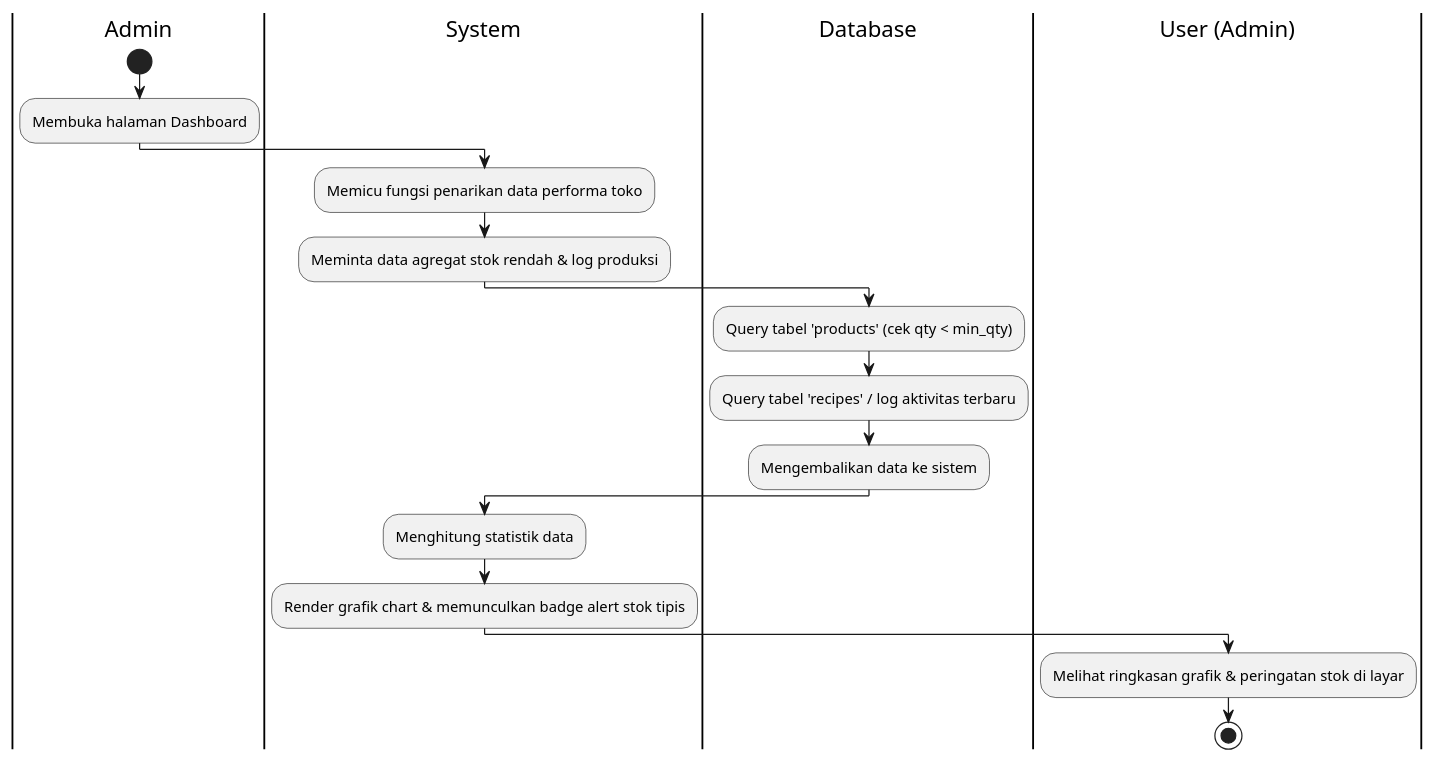
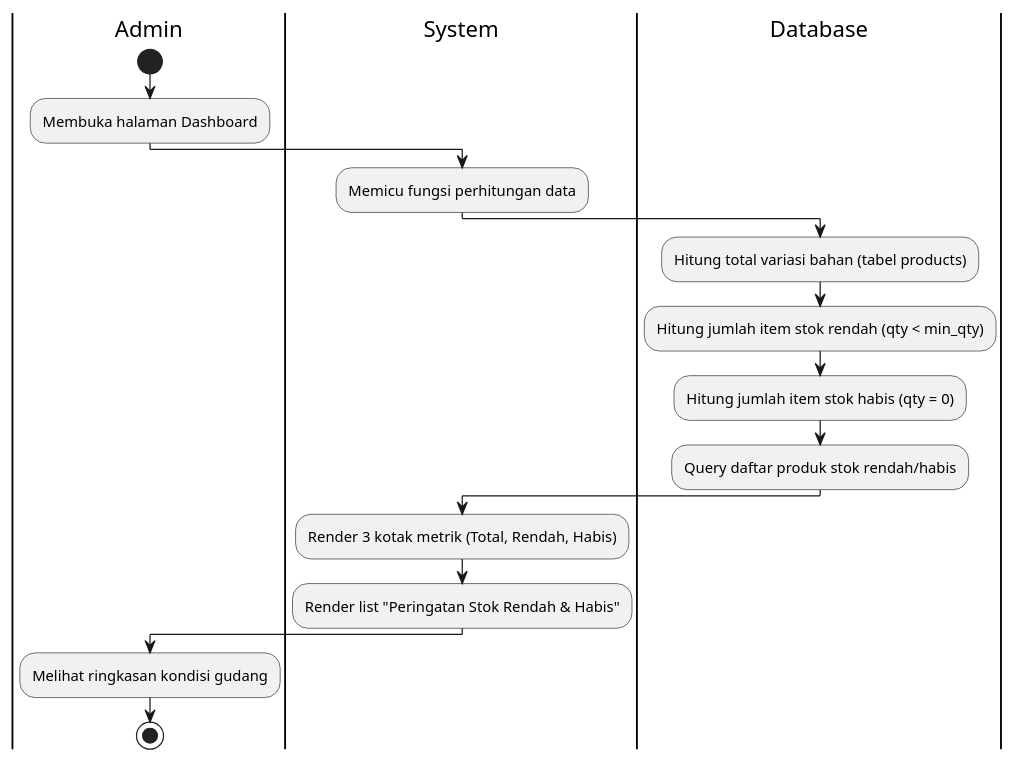
One commit to anandajuliar/projectpwf changed the diagram in DiagramUML/Activity Diagram/Admin/dashboard.puml. Above: the diagram before and after it, drawn with PlantUML. The commit also changed 5 other files, not shown here.

Commit message:
update act diagram

```diff
--- a/DiagramUML/Activity Diagram/Admin/dashboard.puml
+++ b/DiagramUML/Activity Diagram/Admin/dashboard.puml
@@ -1,22 +1,22 @@
 @startuml
 |Admin|
 start
 :Membuka halaman Dashboard;
 
 |System|
-:Memicu fungsi penarikan data performa toko;
-:Meminta data agregat stok rendah & log produksi;
+:Memicu fungsi perhitungan data;
 
 |Database|
-:Query tabel 'products' (cek qty < min_qty);
-:Query tabel 'recipes' / log aktivitas terbaru;
-:Mengembalikan data ke sistem;
+:Hitung total variasi bahan (tabel products);
+:Hitung jumlah item stok rendah (qty < min_qty);
+:Hitung jumlah item stok habis (qty = 0);
+:Query daftar produk stok rendah/habis;
 
 |System|
-:Menghitung statistik data;
-:Render grafik chart & memunculkan badge alert stok tipis;
+:Render 3 kotak metrik (Total, Rendah, Habis);
+:Render list "Peringatan Stok Rendah & Habis";
 
-|User (Admin)|
-:Melihat ringkasan grafik & peringatan stok di layar;
+|Admin|
+:Melihat ringkasan kondisi gudang;
 stop
 @enduml
```
